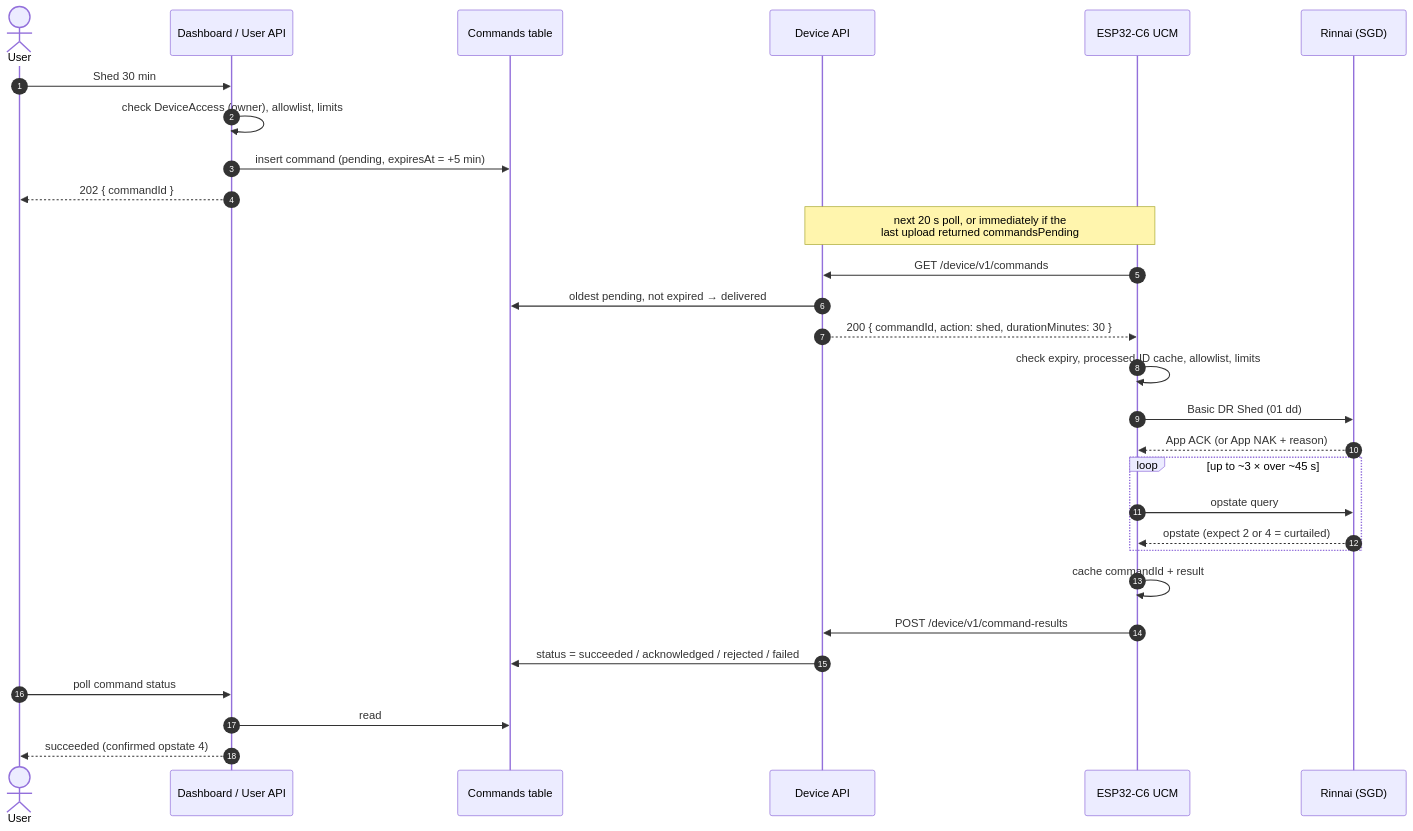
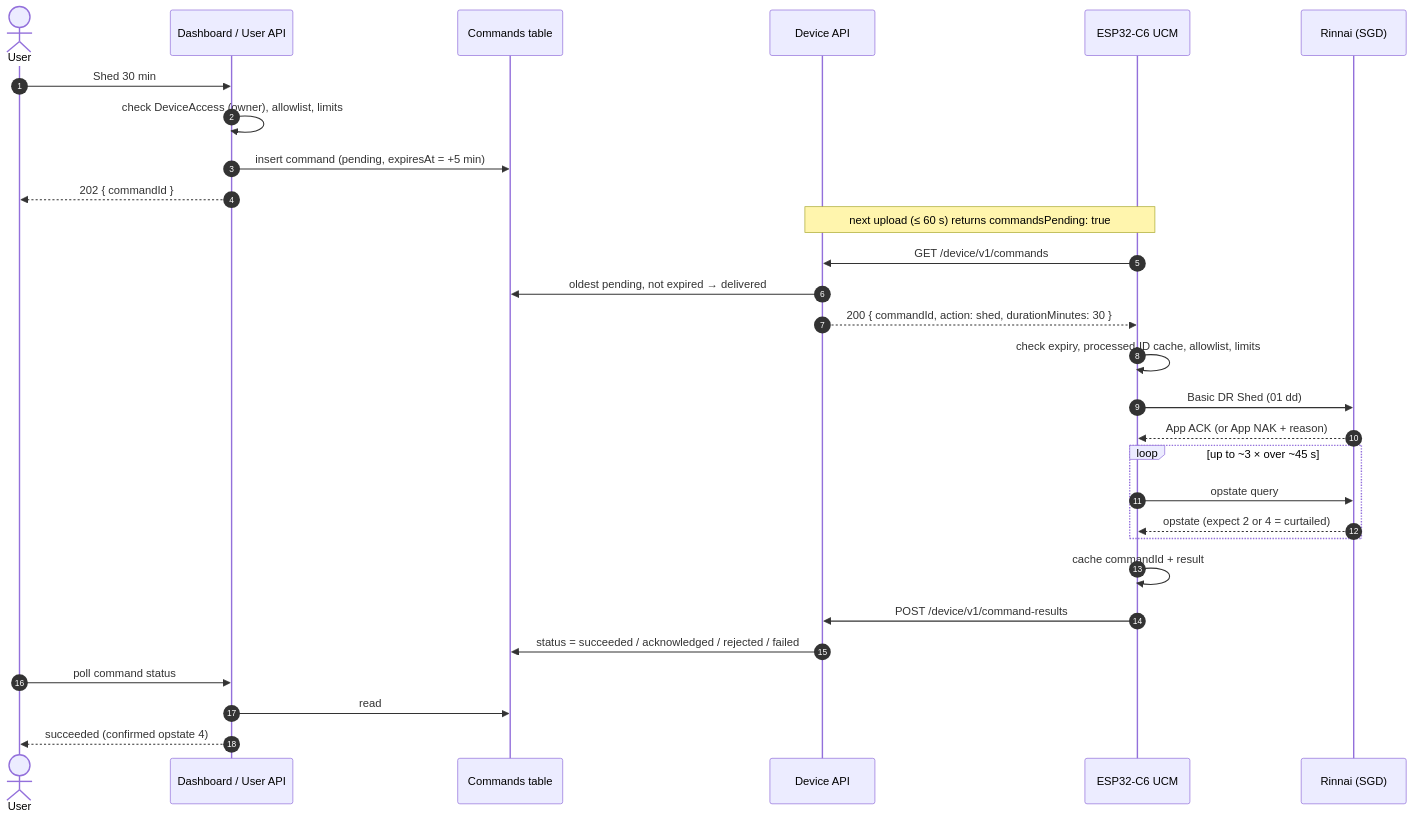
Before and after one commit to jrowe88/ecoport-bridge: the third of 5 diagrams in docs/architecture.md, drawn with Mermaid. The commit also changed other lines of this file and 33 other files, not shown here.

First line of the commit message:
Switch firmware to Rust on ESP-IDF; update architecture plan

````diff
--- a/docs/architecture.md
+++ b/docs/architecture.md
@@ -212,35 +223,35 @@
 ```mermaid
 sequenceDiagram
     autonumber
     actor User
     participant W as Dashboard / User API
     participant C as Commands table
     participant D as Device API
     participant U as ESP32-C6 UCM
     participant WH as Rinnai (SGD)
 
     User->>W: Shed 30 min
     W->>W: check DeviceAccess (owner), allowlist, limits
     W->>C: insert command (pending, expiresAt = +5 min)
     W-->>User: 202 { commandId }
 
-    Note over U,D: next 20 s poll, or immediately if the<br/>last upload returned commandsPending
+    Note over U,D: next upload (≤ 60 s) returns commandsPending: true
     U->>D: GET /device/v1/commands
     D->>C: oldest pending, not expired → delivered
     D-->>U: 200 { commandId, action: shed, durationMinutes: 30 }
 
     U->>U: check expiry, processed-ID cache, allowlist, limits
     U->>WH: Basic DR Shed (01 dd)
     WH-->>U: App ACK (or App NAK + reason)
     loop up to ~3 × over ~45 s
         U->>WH: opstate query
         WH-->>U: opstate (expect 2 or 4 = curtailed)
     end
     U->>U: cache commandId + result
     U->>D: POST /device/v1/command-results
     D->>C: status = succeeded / acknowledged / rejected / failed
 
     User->>W: poll command status
     W->>C: read
     W-->>User: succeeded (confirmed opstate 4)
 ```
````
